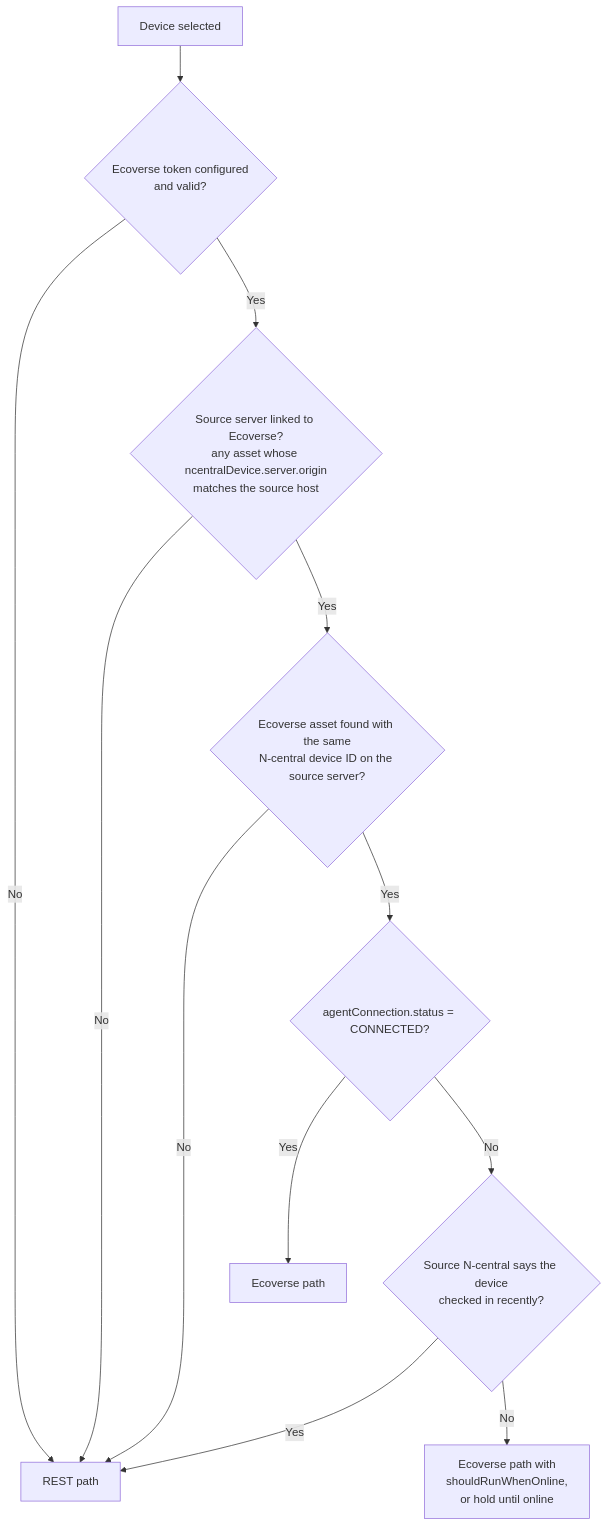
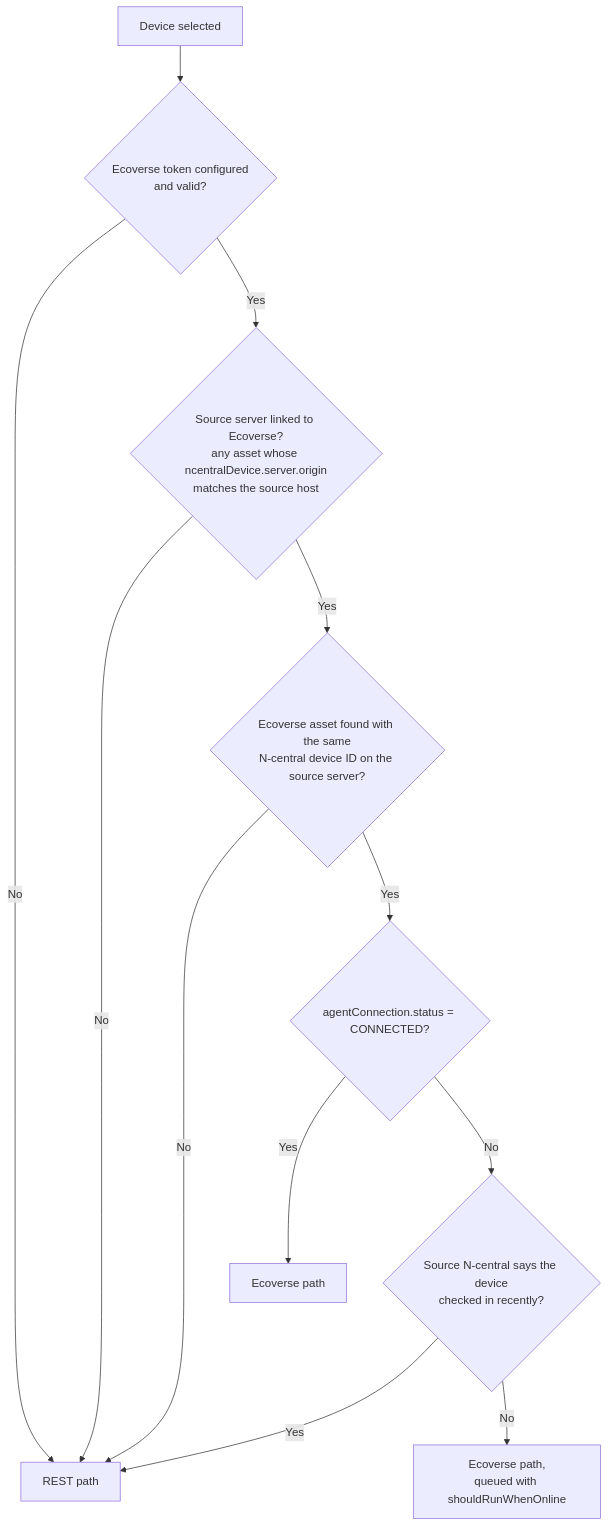
Before and after one commit to theonlytruebigmac/n-voke: the first of 2 diagrams in docs/migration/04-delivery-paths.md, drawn with Mermaid. The commit also changed other lines of this file and 9 other files, not shown here.

````diff
--- a/docs/migration/04-delivery-paths.md
+++ b/docs/migration/04-delivery-paths.md
@@ -23,14 +24,14 @@
 ```mermaid
 flowchart TD
     A[Device selected] --> B{Ecoverse token configured<br/>and valid?}
     B -- No --> R[REST path]
     B -- Yes --> C{Source server linked to Ecoverse?<br/>any asset whose ncentralDevice.server.origin<br/>matches the source host}
     C -- No --> R
     C -- Yes --> D{Ecoverse asset found with the same<br/>N-central device ID on the source server?}
     D -- No --> R
     D -- Yes --> E{agentConnection.status = CONNECTED?}
     E -- Yes --> G[Ecoverse path]
     E -- No --> F{Source N-central says the device<br/>checked in recently?}
     F -- Yes --> R
-    F -- No --> H[Ecoverse path with<br/>shouldRunWhenOnline,<br/>or hold until online]
+    F -- No --> H[Ecoverse path,<br/>queued with shouldRunWhenOnline]
 ```
````
